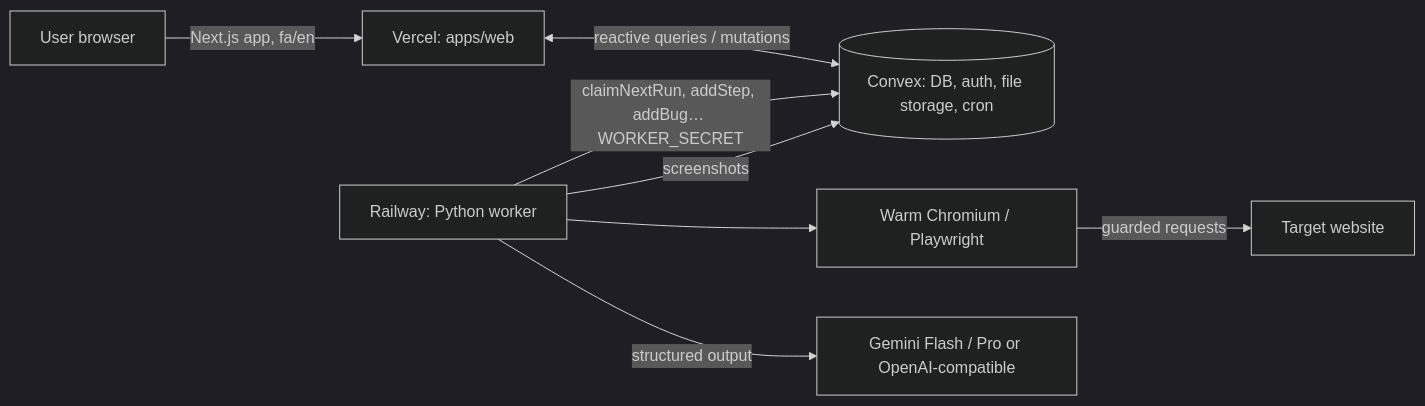
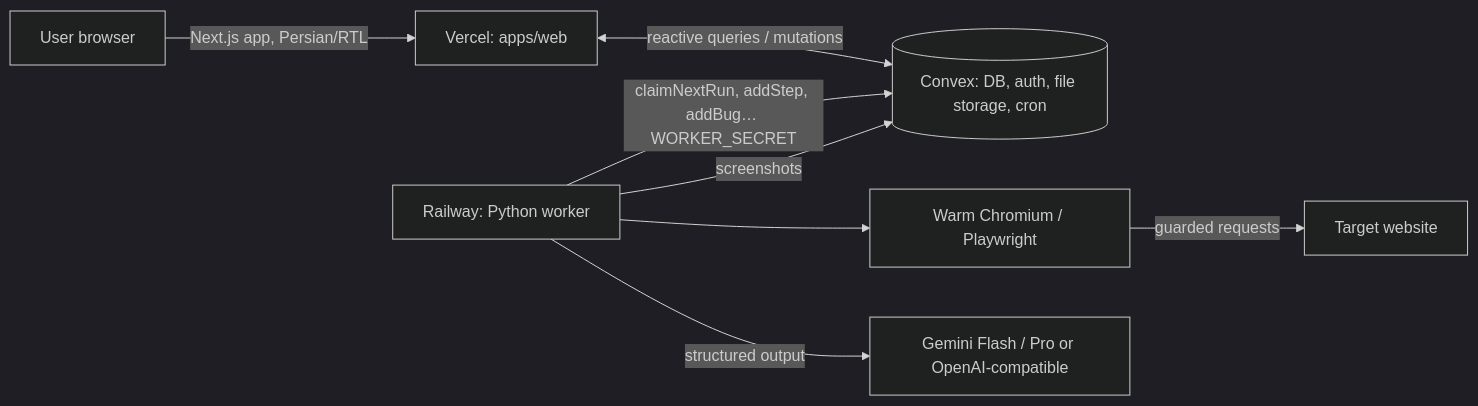
Before and after one commit to neysidev/qagent: the diagram in docs/technical.md, drawn with Mermaid (dark theme). The commit also changed other lines of this file and 55 other files, not shown here.

First line of the commit message:
feat: redesign web app with landing page, app shell and settings; drop i18n routing

````diff
--- a/docs/technical.md
+++ b/docs/technical.md
@@ -8,10 +8,10 @@
 ```mermaid
 flowchart LR
-  U[User browser] -->|Next.js app, fa/en| W[Vercel: apps/web]
+  U[User browser] -->|Next.js app, Persian/RTL| W[Vercel: apps/web]
   W <-->|reactive queries / mutations| C[(Convex: DB, auth, file storage, cron)]
   K[Railway: Python worker] -->|claimNextRun, addStep, addBug… WORKER_SECRET| C
   K -->|screenshots| C
   K --> B[Warm Chromium / Playwright]
   B -->|guarded requests| T[Target website]
   K -->|structured output| L[Gemini Flash / Pro or OpenAI-compatible]
 ```
````
